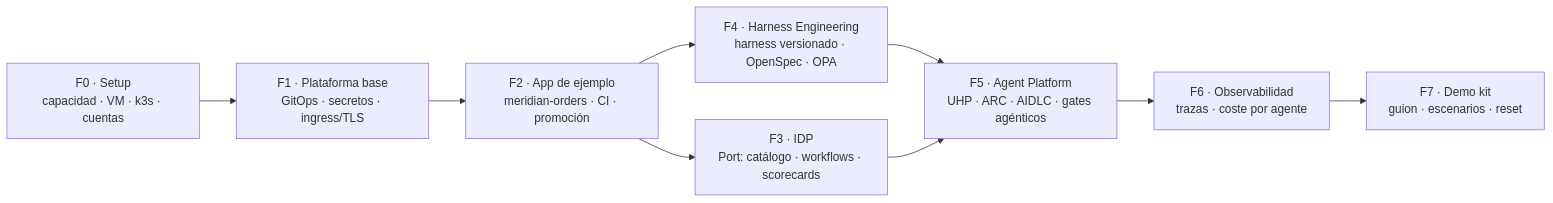
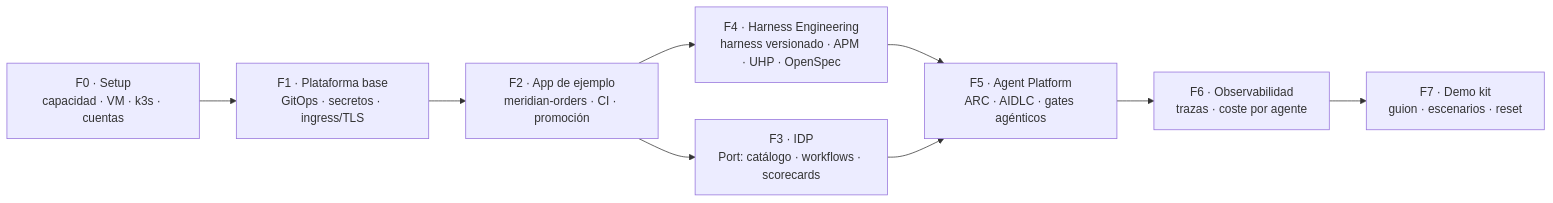
Before and after one commit to elpalmeral-org/agentic-platform-lab: the first of 3 diagrams in docs/02-roadmap.md, drawn with Mermaid. The commit also changed other lines of this file and 8 other files, not shown here.

````diff
--- a/docs/02-roadmap.md
+++ b/docs/02-roadmap.md
@@ -8,16 +8,16 @@
 ```mermaid
 flowchart LR
     F0["F0 · Setup<br/>capacidad · VM · k3s · cuentas"]
     F1["F1 · Plataforma base<br/>GitOps · secretos · ingress/TLS"]
     F2["F2 · App de ejemplo<br/>meridian-orders · CI · promoción"]
     F3["F3 · IDP<br/>Port: catálogo · workflows · scorecards"]
-    F4["F4 · Harness Engineering<br/>harness versionado · OpenSpec · OPA"]
-    F5["F5 · Agent Platform<br/>UHP · ARC · AIDLC · gates agénticos"]
+    F4["F4 · Harness Engineering<br/>harness versionado · APM · UHP · OpenSpec"]
+    F5["F5 · Agent Platform<br/>ARC · AIDLC · gates agénticos"]
     F6["F6 · Observabilidad<br/>trazas · coste por agente"]
     F7["F7 · Demo kit<br/>guion · escenarios · reset"]
 
     F0 --> F1 --> F2 --> F3
     F2 --> F4 --> F5
     F3 --> F5
     F5 --> F6 --> F7
 ```
````
